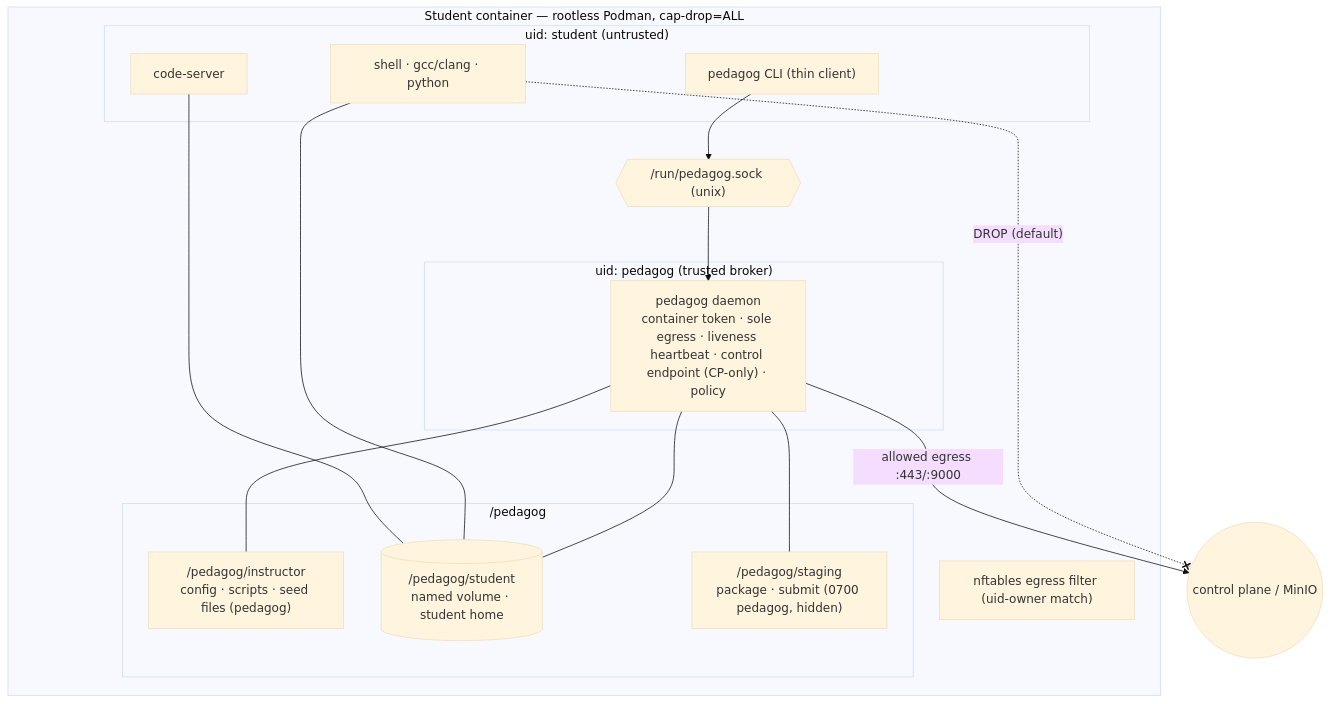
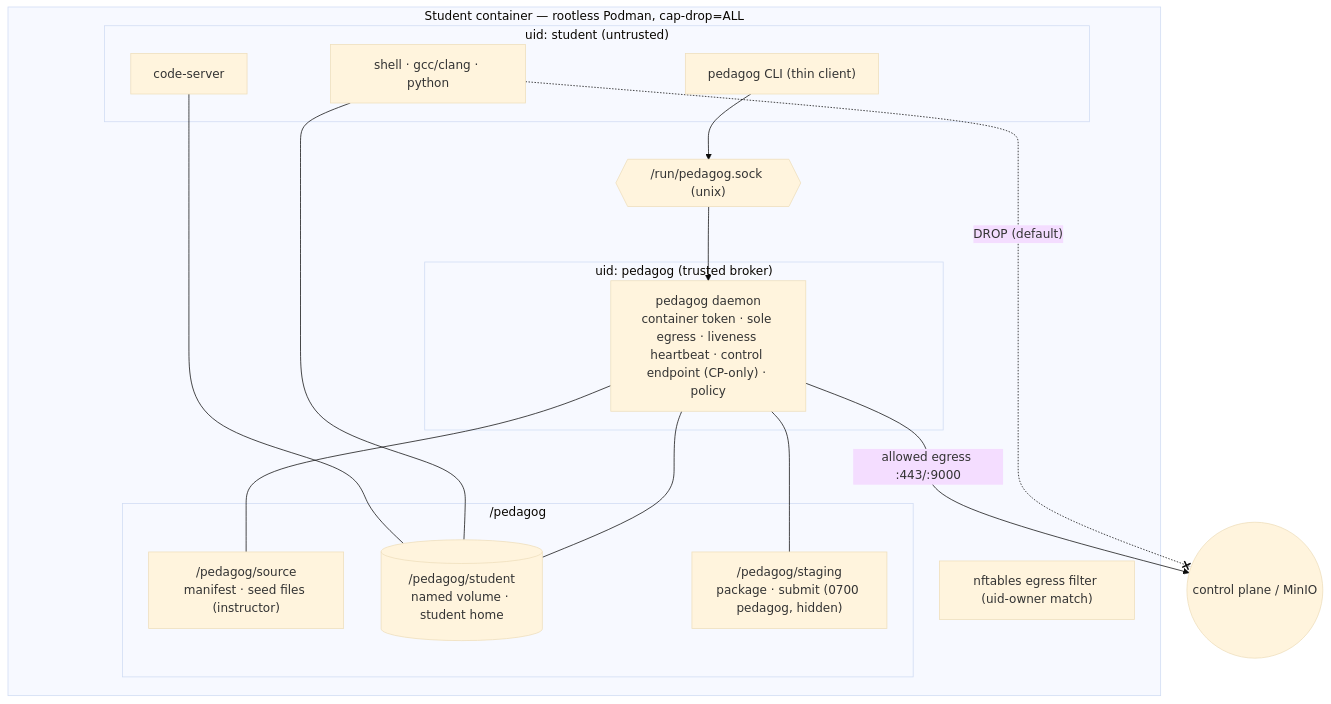
One commit to pedagog-org/pedagog changed the third of 9 diagrams in docs/02-design-exam-system.md. Above: the diagram before and after it, drawn with Mermaid (base theme). The commit also changed other lines of this file and 4 other files, not shown here.

First line of the commit message:
docs: design the pedagog CLI, manifest, and minimal daemon (doc 09)

````diff
--- a/docs/02-design-exam-system.md
+++ b/docs/02-design-exam-system.md
@@ -191,29 +191,29 @@
 ```mermaid
 flowchart TB
   subgraph container["Student container — rootless Podman, cap-drop=ALL"]
     subgraph studentz["uid: student (untrusted)"]
       CS["code-server"]
       SH["shell · gcc/clang · python"]
       CLI["pedagog CLI (thin client)"]
     end
     subgraph pedz["uid: pedagog (trusted broker)"]
       D["pedagog daemon<br/>container token · sole egress · liveness heartbeat · control endpoint (CP-only) · policy"]
     end
     SOCK{{"/run/pedagog.sock (unix)"}}
     subgraph fs["/pedagog"]
-      INST["/pedagog/instructor<br/>config · scripts · seed files (pedagog)"]
+      INST["/pedagog/source<br/>manifest · seed files (instructor)"]
       STU[("/pedagog/student<br/>named volume · student home")]
       STG["/pedagog/staging<br/>package · submit (0700 pedagog, hidden)"]
     end
     NFT["nftables egress filter (uid-owner match)"]
   end
 
   CLI --> SOCK --> D
   CS --- STU
   SH --- STU
   D --- INST
   D --- STG
   D --- STU
   D -->|"allowed egress :443/:9000"| OUT(("control plane / MinIO"))
   SH -. "DROP (default)" .-x OUT
 ```
````
